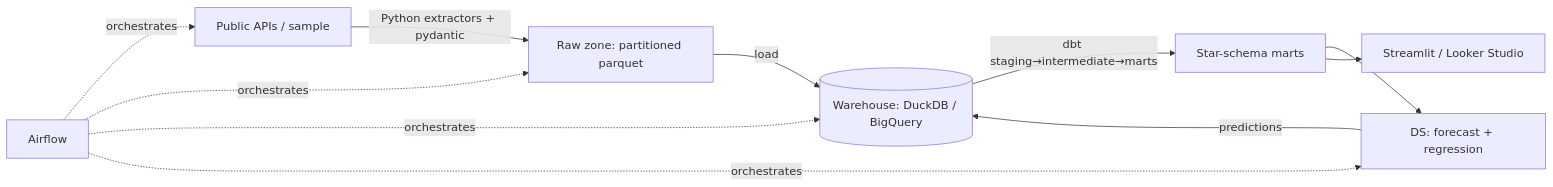
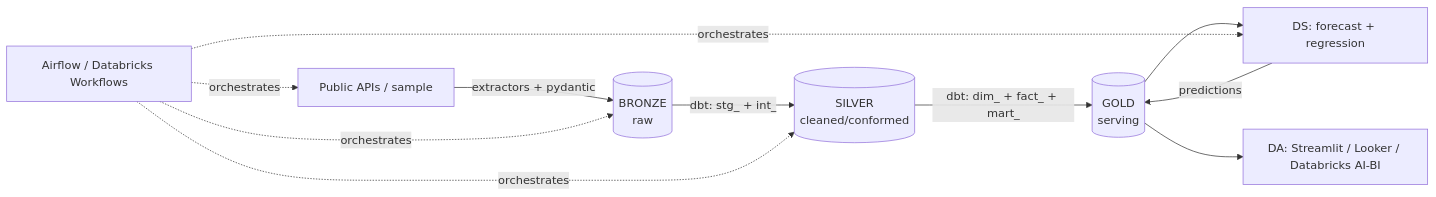
One commit to kyo-skykim/airhealth-miniproject changed the diagram in README.md. Above: the diagram before and after it, drawn with Mermaid. The commit also changed other lines of this file and 30 other files, not shown here.

First line of the commit message:
Refactor warehouse into medallion layers (bronze/silver/gold)

````diff
--- a/README.md
+++ b/README.md
@@ -22,10 +22,10 @@
 ```mermaid
 flowchart LR
-    A[Public APIs / sample] -->|Python extractors + pydantic| B[Raw zone: partitioned parquet]
-    B -->|load| C[(Warehouse: DuckDB / BigQuery)]
-    C -->|dbt staging→intermediate→marts| D[Star-schema marts]
+    A[Public APIs / sample] -->|extractors + pydantic| B[(BRONZE<br/>raw)]
+    B -->|dbt: stg_ + int_| C[(SILVER<br/>cleaned/conformed)]
+    C -->|dbt: dim_ + fact_ + mart_| D[(GOLD<br/>serving)]
     D --> E[DS: forecast + regression]
-    E -->|predictions| C
-    D --> F[Streamlit / Looker Studio]
-    G[Airflow] -. orchestrates .-> A & B & C & E
+    E -->|predictions| D
+    D --> F[DA: Streamlit / Looker / Databricks AI-BI]
+    G[Airflow / Databricks Workflows] -. orchestrates .-> A & B & C & E
 ```
````
